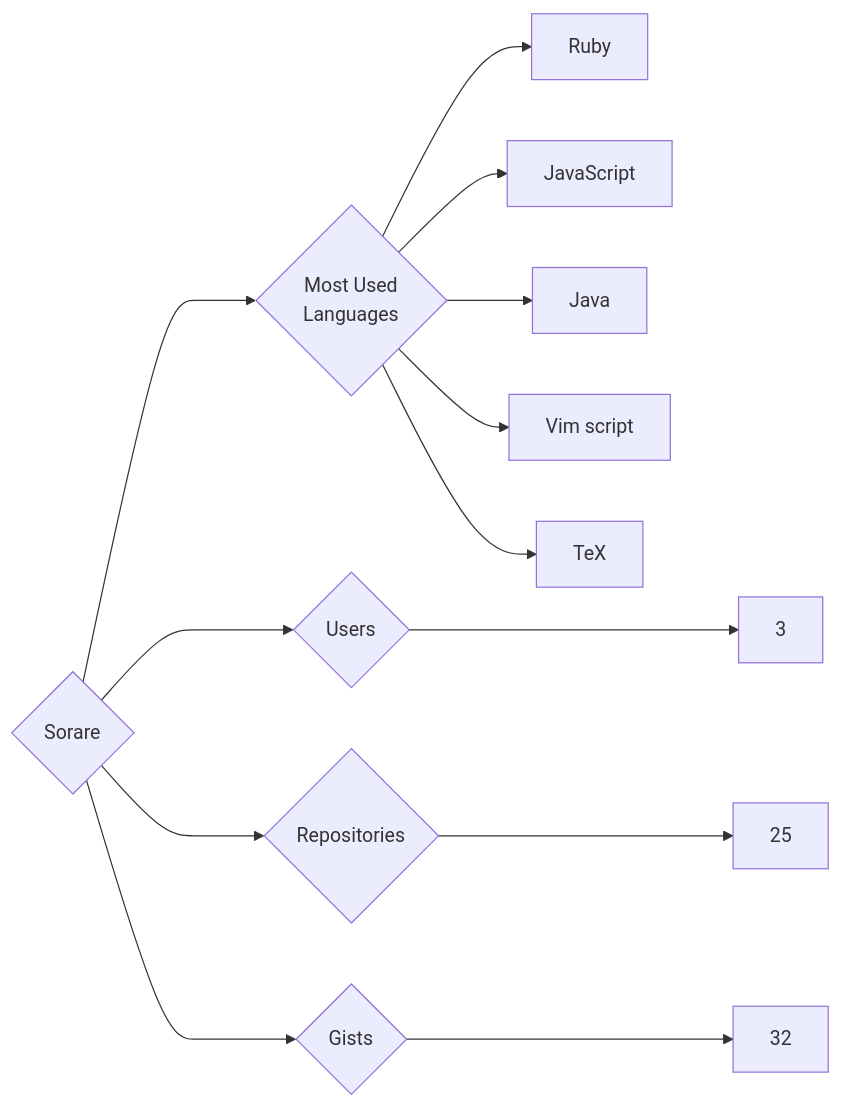
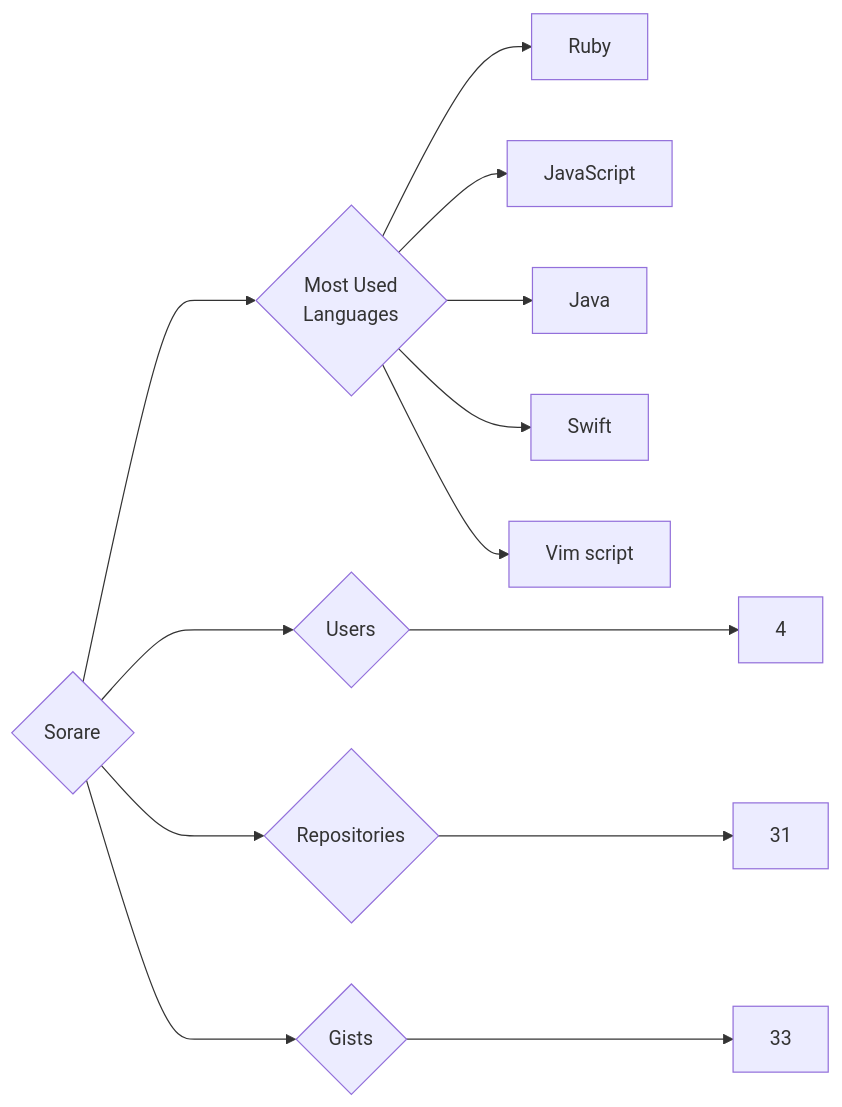
One commit to trickest/insiders changed the diagram in targets/Sorare/README.md. Above: the diagram before and after it, drawn with Mermaid. The commit also changed 765 other files, not shown here.

````diff
--- a/targets/Sorare/README.md
+++ b/targets/Sorare/README.md
@@ -3,13 +3,13 @@
 ```mermaid
 graph LR
 COMPANY_NAME{Sorare}
-COMPANY_NAME ---> U{Users} ---> UN[3]
-COMPANY_NAME ---> R{Repositories} ---> RN[25]
-COMPANY_NAME ---> G{Gists} ---> GN[32]
+COMPANY_NAME ---> U{Users} ---> UN[4]
+COMPANY_NAME ---> R{Repositories} ---> RN[31]
+COMPANY_NAME ---> G{Gists} ---> GN[33]
 COMPANY_NAME ---> ML{Most Used<br>Languages}
 ML --> Ruby[Ruby]
 ML --> JavaScript[JavaScript]
 ML --> Java[Java]
+ML --> Swift[Swift]
 ML --> Vim_script[Vim script]
-ML --> TeX[TeX]
 ```
````
